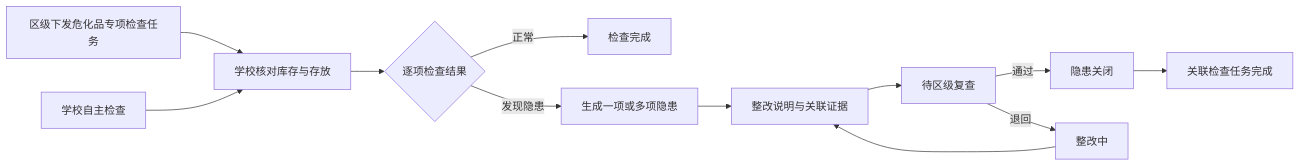
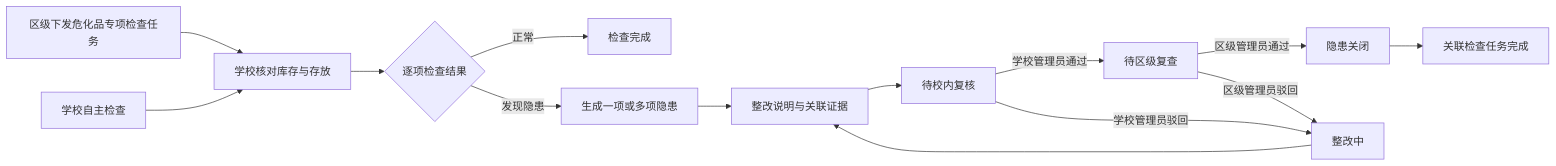
The tenth of 11 diagrams in new-demo/当前Demo业务流程与数据关系闭环评估报告.md (AlettaOkori/Qingpu_LaboratoryManagementSystem), drawn with Mermaid before and after one commit. The commit also changed other lines of this file and 13 other files, not shown here.

````diff
--- a/new-demo/当前Demo业务流程与数据关系闭环评估报告.md
+++ b/new-demo/当前Demo业务流程与数据关系闭环评估报告.md
@@ -358,14 +389,16 @@
 ```mermaid
 flowchart LR
   A[区级下发危化品专项检查任务] --> B[学校核对库存与存放]
   X[学校自主检查] --> B
   B --> C{逐项检查结果}
   C -->|正常| D[检查完成]
   C -->|发现隐患| E[生成一项或多项隐患]
   E --> F[整改说明与关联证据]
-  F --> G[待区级复查]
-  G -->|通过| H[隐患关闭]
-  G -->|退回| I[整改中]
+  F --> G[待校内复核]
+  G -->|学校管理员通过| H[待区级复查]
+  G -->|学校管理员驳回| I[整改中]
+  H -->|区级管理员通过| J[隐患关闭]
+  H -->|区级管理员驳回| I
   I --> F
-  H --> J[关联检查任务完成]
+  J --> K[关联检查任务完成]
 ```
````
